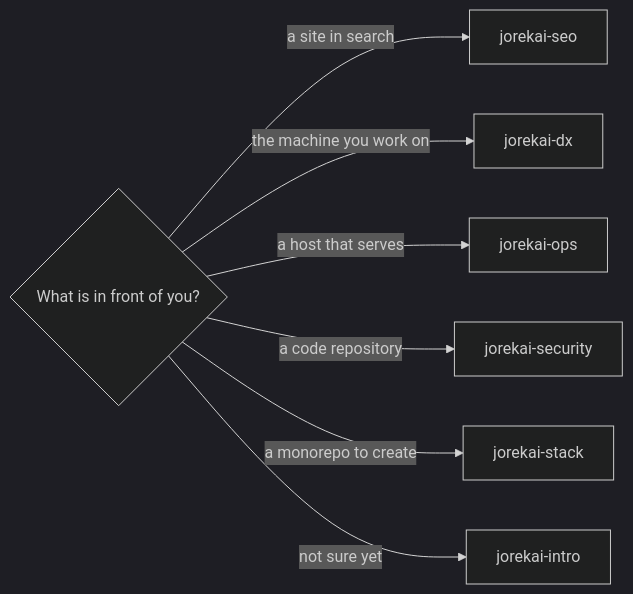
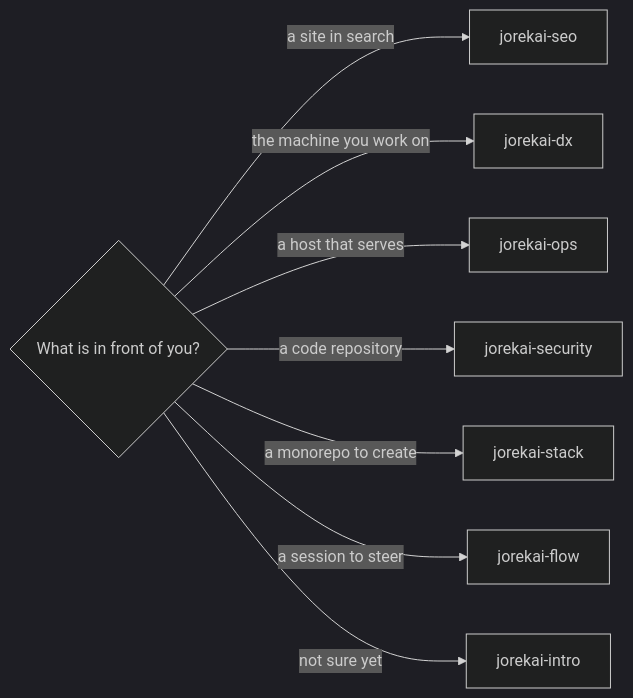
One commit to jorekai/skills changed the first of 2 diagrams in README.md. Above: the diagram before and after it, drawn with Mermaid (dark theme). The commit also changed other lines of this file and 26 other files, not shown here.

First line of the commit message:
feat(flow): a seventh theme steers a working session

````diff
--- a/README.md
+++ b/README.md
@@ -11,10 +11,11 @@
 ```mermaid
 flowchart LR
     Q{"What is in front of you?"}
     Q -- "a site in search" --> SEO["jorekai-seo"]
     Q -- "the machine you work on" --> DX["jorekai-dx"]
     Q -- "a host that serves" --> OPS["jorekai-ops"]
     Q -- "a code repository" --> SEC["jorekai-security"]
     Q -- "a monorepo to create" --> STACK["jorekai-stack"]
+    Q -- "a session to steer" --> FLOW["jorekai-flow"]
     Q -- "not sure yet" --> INTRO["jorekai-intro"]
 ```
````
